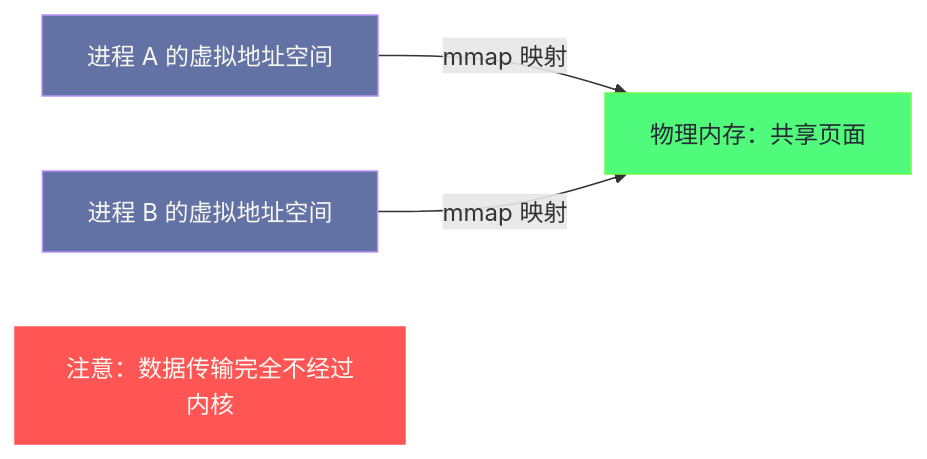
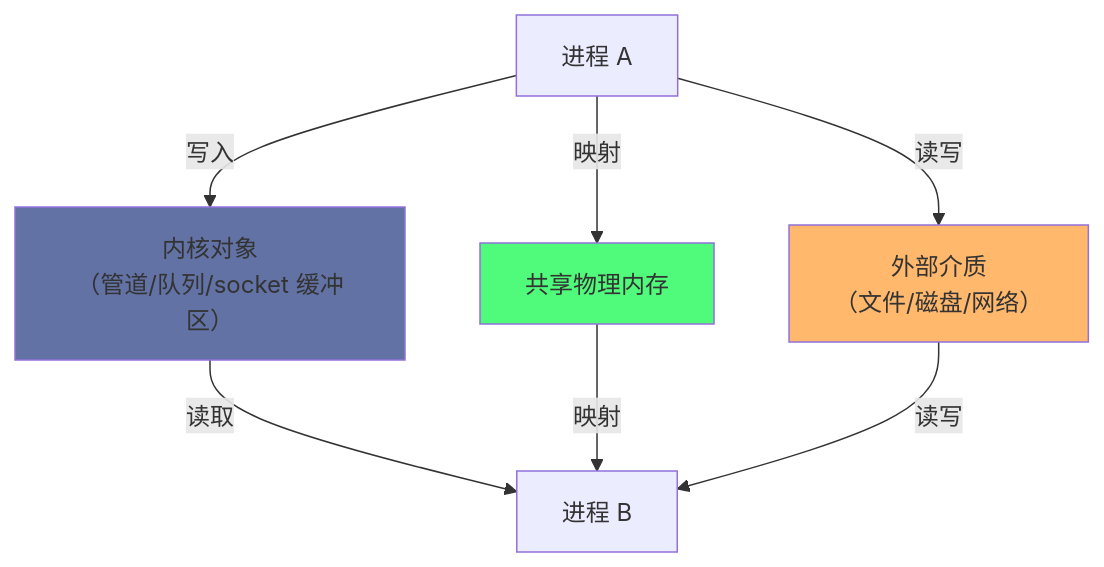
Before and after one commit to hpliStartAgain/my-brain: the first of 4 diagrams in content/Linux/进程管理/10 进程间通信全景——管道、信号、共享内存与 Socket 的内核实现.md, drawn with Mermaid. The commit also changed other lines of this file and 47 other files, not shown here.

````diff
--- a/content/Linux/进程管理/10 进程间通信全景——管道、信号、共享内存与 Socket 的内核实现.md
+++ b/content/Linux/进程管理/10 进程间通信全景——管道、信号、共享内存与 Socket 的内核实现.md
@@ -295,16 +34,13 @@
 ```mermaid
 %%{init: {'theme': 'dracula'}}%%
-graph LR
-    classDef proc fill:#6272a4,stroke:#bd93f9,color:#f8f8f2
-    classDef mem fill:#50fa7b,stroke:#69ff47,color:#282a36
-    classDef kernel fill:#ff5555,stroke:#ff5555,color:#f8f8f2
-
-    PA["进程 A 的虚拟地址空间"]:::proc
-    PB["进程 B 的虚拟地址空间"]:::proc
-    SM["物理内存：共享页面"]:::mem
-
-    PA -->|"mmap 映射"| SM
-    PB -->|"mmap 映射"| SM
-
-    Note["注意：数据传输完全不经过内核"]:::kernel
+graph TD
+    A["进程 A"] -->|"写入"| K["内核对象<br/>（管道/队列/socket 缓冲区）"]
+    K -->|"读取"| B["进程 B"]
+    A -->|"映射"| M["共享物理内存"]
+    M -->|"映射"| B
+    A -->|"读写"| F["外部介质<br/>（文件/磁盘/网络）"]
+    F -->|"读写"| B
+    style K fill:#6272a4
+    style M fill:#50fa7b
+    style F fill:#ffb86c
 ```
````
